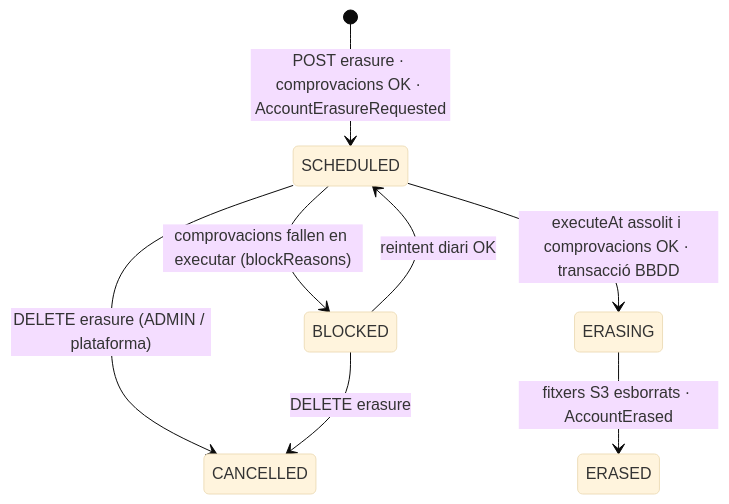
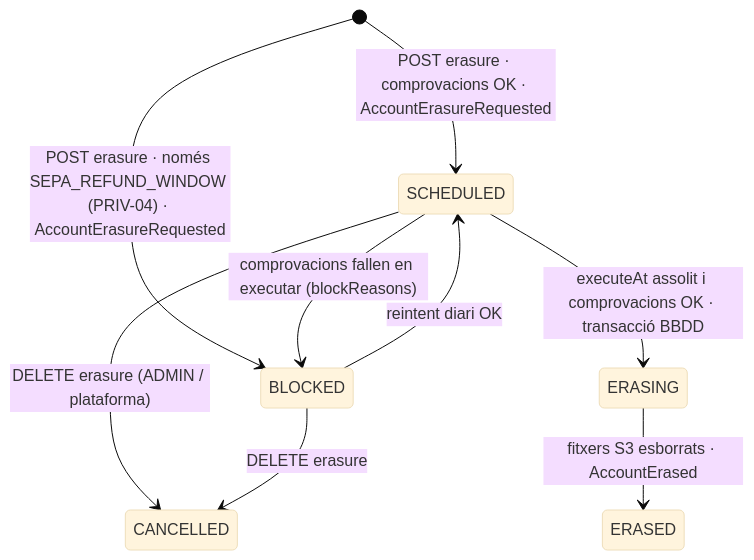
One commit to jboixtcm/agilityhub-core-api changed the second of 2 diagrams in docs/specs/S14-tauler-auditoria-exportacions-rgpd.md. Above: the diagram before and after it, drawn with Mermaid (base theme). The commit also changed other lines of this file and 15 other files, not shown here.

Commit message:
feat(platform): keep an erasure blocked while a SEPA collection of the member is inside its 8-week refund window and run it when the window closes [PRIV-04]

````diff
--- a/docs/specs/S14-tauler-auditoria-exportacions-rgpd.md
+++ b/docs/specs/S14-tauler-auditoria-exportacions-rgpd.md
@@ -127,10 +127,11 @@
 ```mermaid
 stateDiagram-v2
   [*] --> SCHEDULED : POST erasure · comprovacions OK · AccountErasureRequested
+  [*] --> BLOCKED : POST erasure · només SEPA_REFUND_WINDOW (PRIV-04) · AccountErasureRequested
   SCHEDULED --> CANCELLED : DELETE erasure (ADMIN / plataforma)
   SCHEDULED --> ERASING : executeAt assolit i comprovacions OK · transacció BBDD
   SCHEDULED --> BLOCKED : comprovacions fallen en executar (blockReasons)
   BLOCKED --> SCHEDULED : reintent diari OK
   BLOCKED --> CANCELLED : DELETE erasure
   ERASING --> ERASED : fitxers S3 esborrats · AccountErased
 ```
````
